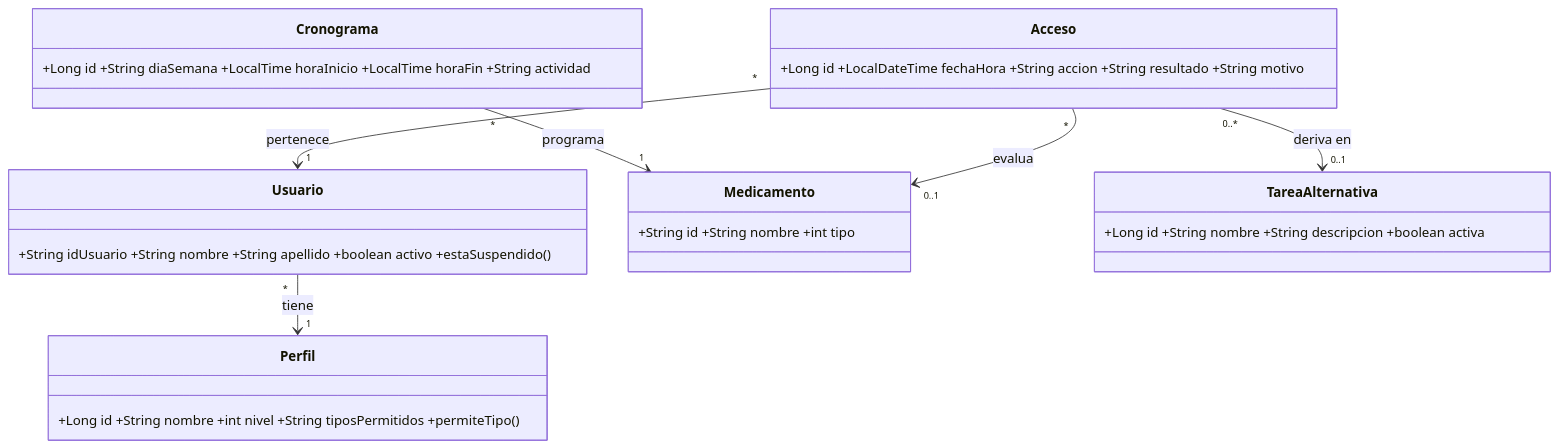
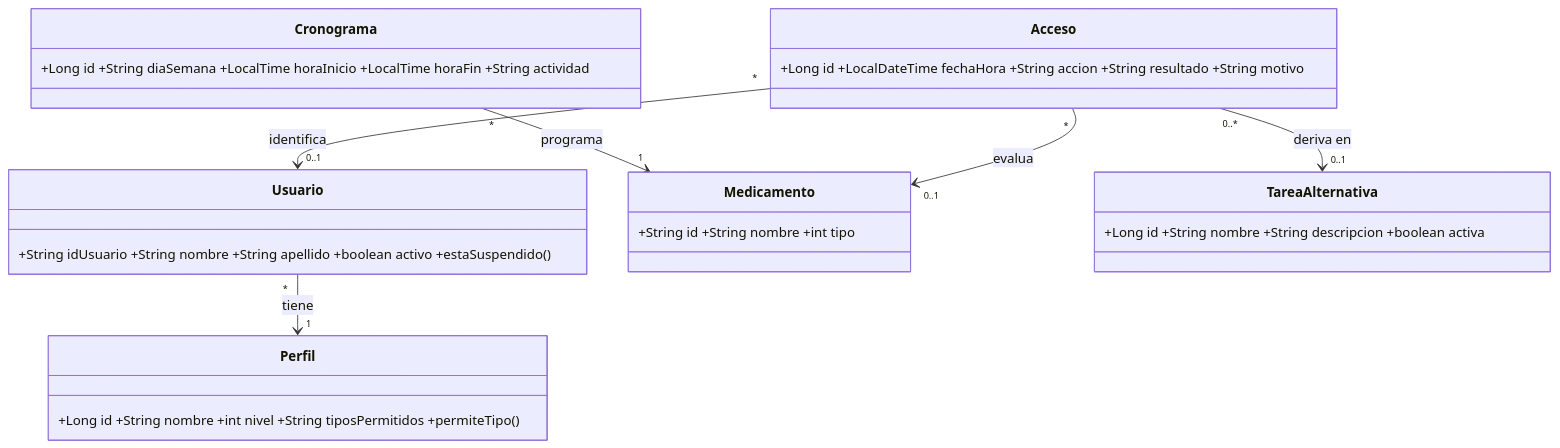
Before and after one commit to Danna2829/Room_911: the third of 3 diagrams in docs/uml.md, drawn with Mermaid. The commit also changed other lines of this file and 10 other files, not shown here.

Commit message:
docs: agregar diagramas visuales y fuentes editables

````diff
--- a/docs/uml.md
+++ b/docs/uml.md
@@ -51,14 +59,14 @@
 ```mermaid
 classDiagram
  class Usuario { +String idUsuario +String nombre +String apellido +boolean activo +estaSuspendido() }
  class Perfil { +Long id +String nombre +int nivel +String tiposPermitidos +permiteTipo() }
  class Medicamento { +String id +String nombre +int tipo }
  class Cronograma { +Long id +String diaSemana +LocalTime horaInicio +LocalTime horaFin +String actividad }
  class Acceso { +Long id +LocalDateTime fechaHora +String accion +String resultado +String motivo }
  class TareaAlternativa { +Long id +String nombre +String descripcion +boolean activa }
  Usuario "*" --> "1" Perfil : tiene
  Cronograma "*" --> "1" Medicamento : programa
- Acceso "*" --> "1" Usuario : pertenece
+ Acceso "*" --> "0..1" Usuario : identifica
  Acceso "*" --> "0..1" Medicamento : evalua
  Acceso "0..*" --> "0..1" TareaAlternativa : deriva en
 ```
````
